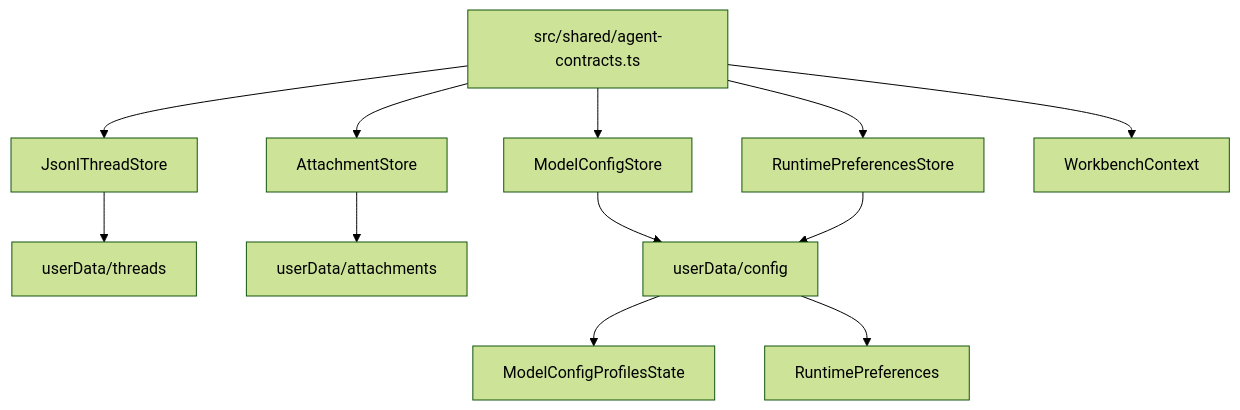
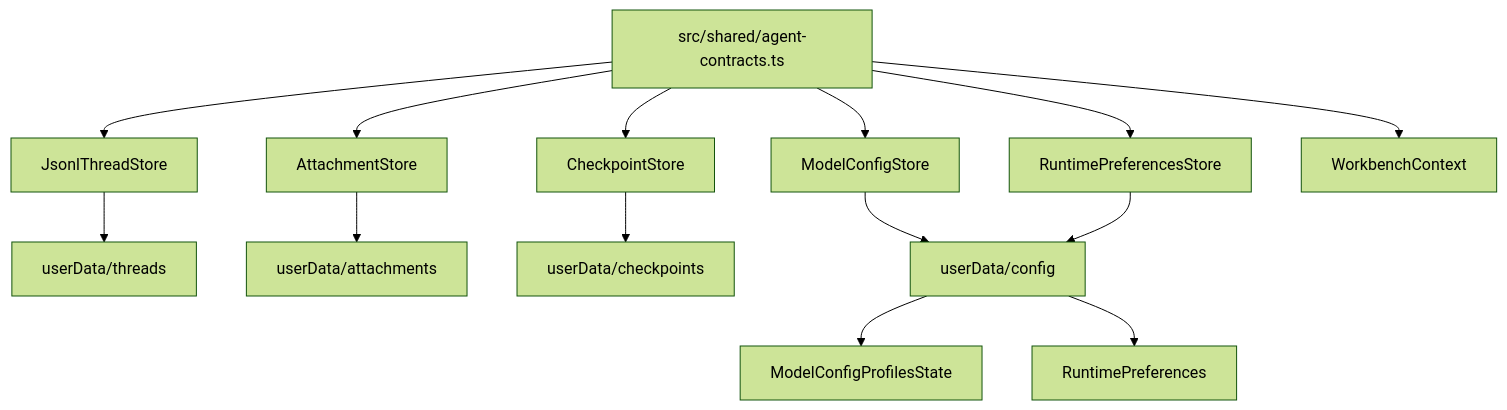
Before and after one commit to dp-sudo/agent-pyramid-desktop: the first of 2 diagrams in docs/data-model.md, drawn with Mermaid (forest theme). The commit also changed other lines of this file and 9 other files, not shown here.

First line of the commit message:
chore(backup) boby: 同步权威文档与 Claude Code 对齐路线图

````diff
--- a/docs/data-model.md
+++ b/docs/data-model.md
@@ -44,22 +47,25 @@
 ```mermaid
 flowchart TB
   Contracts["src/shared/agent-contracts.ts"]
   ThreadStore["JsonlThreadStore"]
   AttachmentStore["AttachmentStore"]
   ConfigStore["ModelConfigStore"]
   RuntimePreferencesStore["RuntimePreferencesStore"]
+  CheckpointStore["CheckpointStore"]
   Threads["userData/threads"]
   Attachments["userData/attachments"]
+  Checkpoints["userData/checkpoints"]
   Config["userData/config"]
   Profiles["ModelConfigProfilesState"]
   RuntimePreferences["RuntimePreferences"]
   Renderer["WorkbenchContext"]
 
   Contracts --> ThreadStore --> Threads
   Contracts --> AttachmentStore --> Attachments
   Contracts --> ConfigStore --> Config
   Contracts --> RuntimePreferencesStore --> Config
+  Contracts --> CheckpointStore --> Checkpoints
   Config --> Profiles
   Config --> RuntimePreferences
   Contracts --> Renderer
 ```
````
